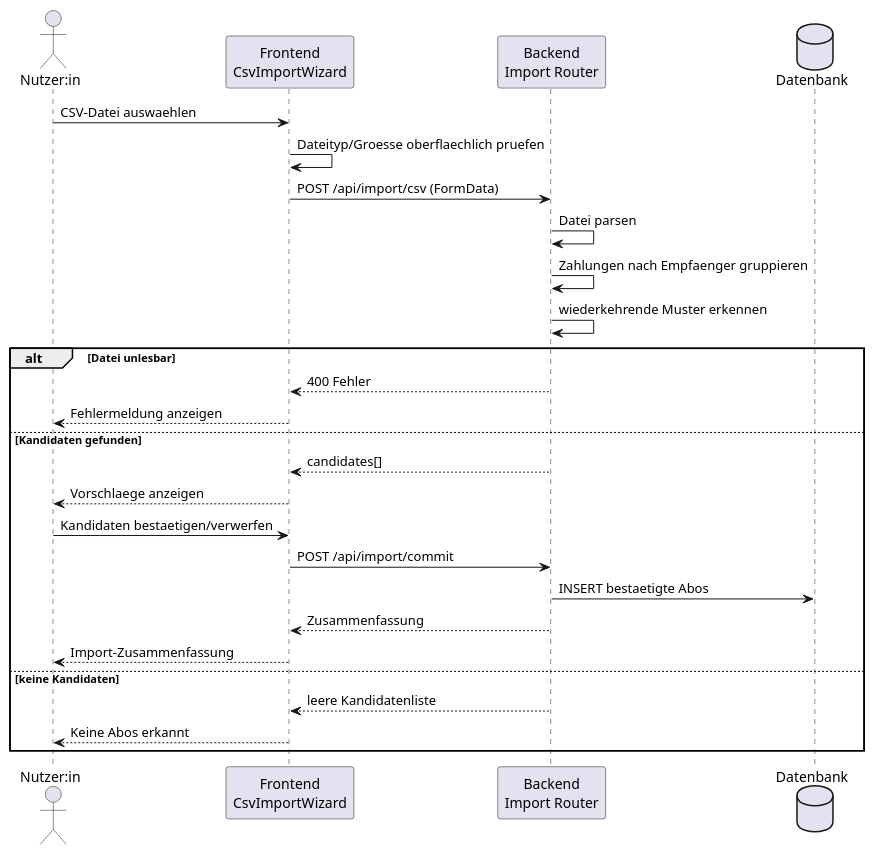
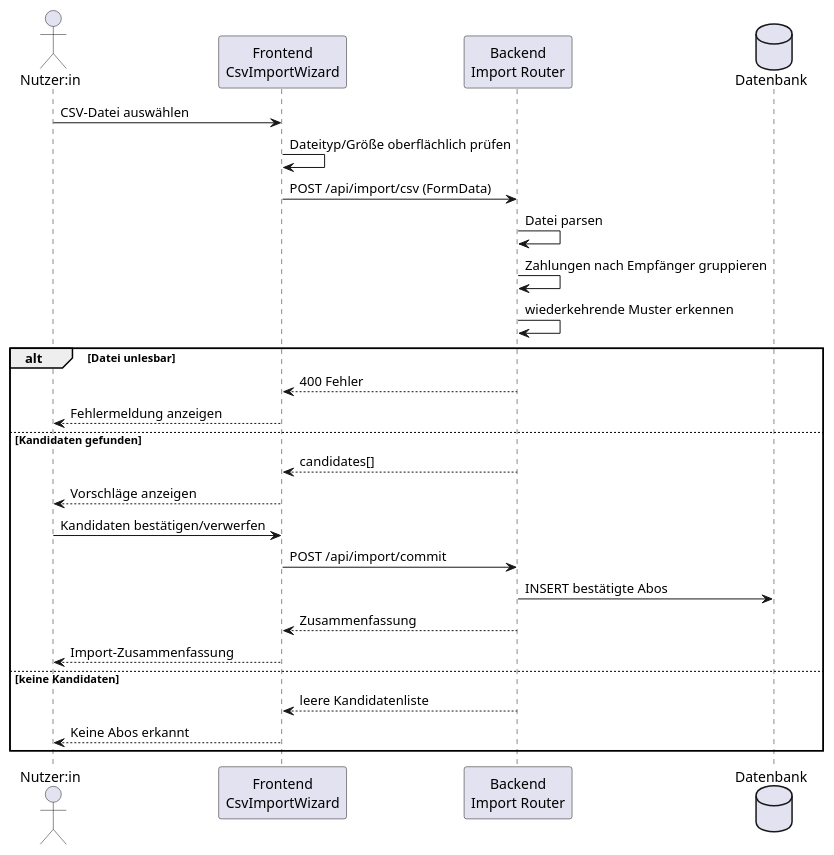
The eighth of 9 diagrams in docs/technical/design.adoc (momel13/SubscriptionGuard-E2), drawn with PlantUML before and after one commit. The commit also changed other lines of this file, not shown here.

```diff
--- a/docs/technical/design.adoc
+++ b/docs/technical/design.adoc
@@ -627,31 +624,31 @@
 [plantuml,sequence-csv-import,svg]
 ----
 @startuml
 actor "Nutzer:in" as User
 participant "Frontend\nCsvImportWizard" as FE
 participant "Backend\nImport Router" as BE
 database "Datenbank" as DB
 
-User -> FE : CSV-Datei auswaehlen
-FE -> FE : Dateityp/Groesse oberflaechlich pruefen
+User -> FE : CSV-Datei auswählen
+FE -> FE : Dateityp/Größe oberflächlich prüfen
 FE -> BE : POST /api/import/csv (FormData)
 BE -> BE : Datei parsen
-BE -> BE : Zahlungen nach Empfaenger gruppieren
+BE -> BE : Zahlungen nach Empfänger gruppieren
 BE -> BE : wiederkehrende Muster erkennen
 alt Datei unlesbar
   BE --> FE : 400 Fehler
   FE --> User : Fehlermeldung anzeigen
 else Kandidaten gefunden
   BE --> FE : candidates[]
-  FE --> User : Vorschlaege anzeigen
-  User -> FE : Kandidaten bestaetigen/verwerfen
+  FE --> User : Vorschläge anzeigen
+  User -> FE : Kandidaten bestätigen/verwerfen
   FE -> BE : POST /api/import/commit
-  BE -> DB : INSERT bestaetigte Abos
+  BE -> DB : INSERT bestätigte Abos
   BE --> FE : Zusammenfassung
   FE --> User : Import-Zusammenfassung
 else keine Kandidaten
   BE --> FE : leere Kandidatenliste
   FE --> User : Keine Abos erkannt
 end
 @enduml
 ----
```
